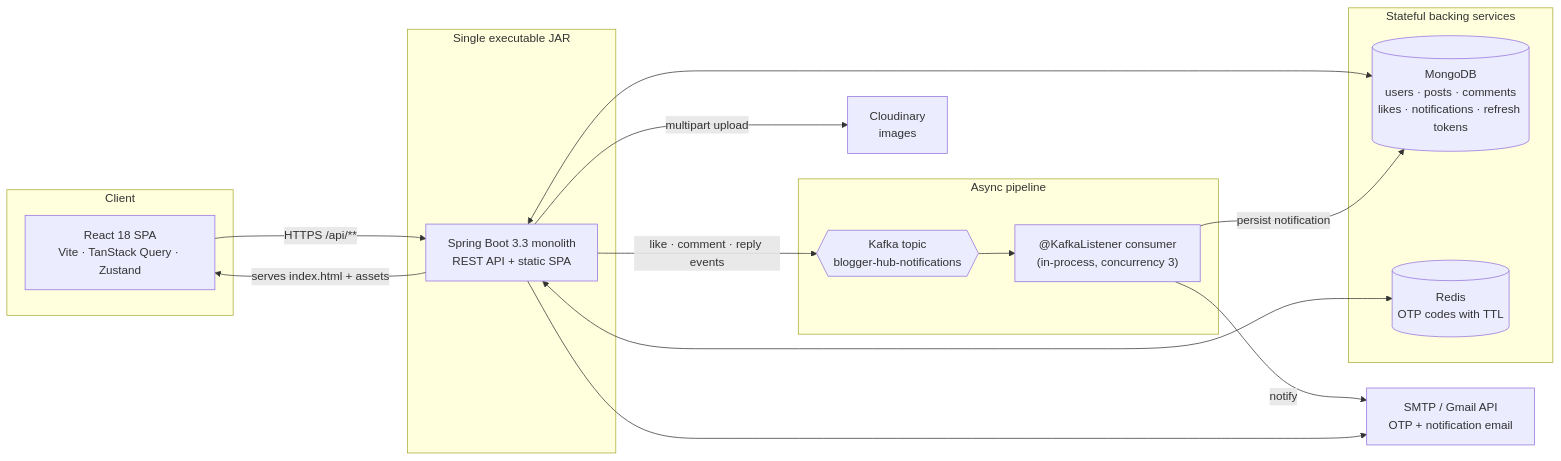
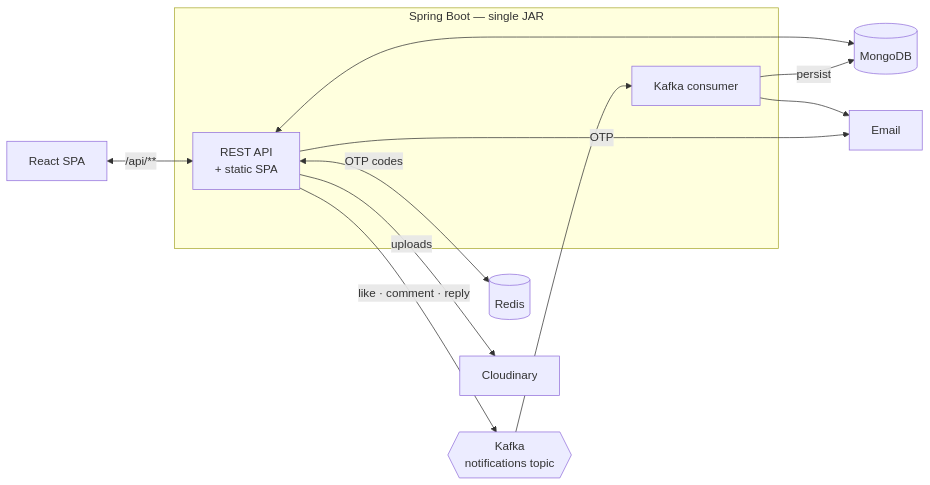
Before and after one commit to amaanlari/blogger-hub: the diagram in README.md, drawn with Mermaid. The commit also changed other lines of this file, not shown here.

Commit message:
Add MIT License badge to README and update architecture section

````diff
--- a/README.md
+++ b/README.md
@@ -182,34 +200,25 @@
 ```mermaid
 flowchart LR
-    subgraph Client
-        R["React 18 SPA<br/>Vite · TanStack Query · Zustand"]
+    R["React SPA"]
+
+    subgraph JAR["Spring Boot — single JAR"]
+        S["REST API<br/>+ static SPA"]
+        C["Kafka consumer"]
     end
 
-    subgraph JAR["Single executable JAR"]
-        S["Spring Boot 3.3 monolith<br/>REST API + static SPA"]
-    end
+    M[("MongoDB")]
+    RD[("Redis")]
+    K{{"Kafka<br/>notifications topic"}}
+    CL["Cloudinary"]
+    MAIL["Email"]
 
-    subgraph Data["Stateful backing services"]
-        M[("MongoDB<br/>users · posts · comments<br/>likes · notifications · refresh tokens")]
-        RD[("Redis<br/>OTP codes with TTL")]
-    end
-
-    subgraph Async["Async pipeline"]
-        K{{"Kafka topic<br/>blogger-hub-notifications"}}
-        C["@KafkaListener consumer<br/>(in-process, concurrency 3)"]
-    end
-
-    CL["Cloudinary<br/>images"]
-    MAIL["SMTP / Gmail API<br/>OTP + notification email"]
-
-    R -->|"HTTPS /api/**"| S
-    S -->|"serves index.html + assets"| R
+    R <-->|"/api/**"| S
     S <--> M
-    S <--> RD
-    S -->|"like · comment · reply events"| K
+    S <-->|"OTP codes"| RD
+    S -->|"like · comment · reply"| K
     K --> C
-    C -->|"persist notification"| M
-    C -->|"notify"| MAIL
-    S -->|"multipart upload"| CL
-    S --> MAIL
+    C -->|"persist"| M
+    C --> MAIL
+    S -->|"uploads"| CL
+    S -->|"OTP"| MAIL
 ```
````
